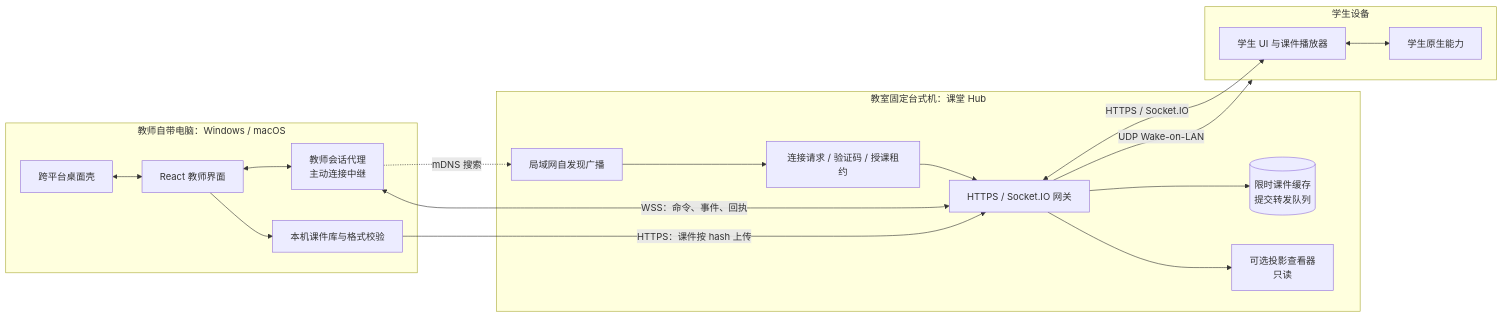
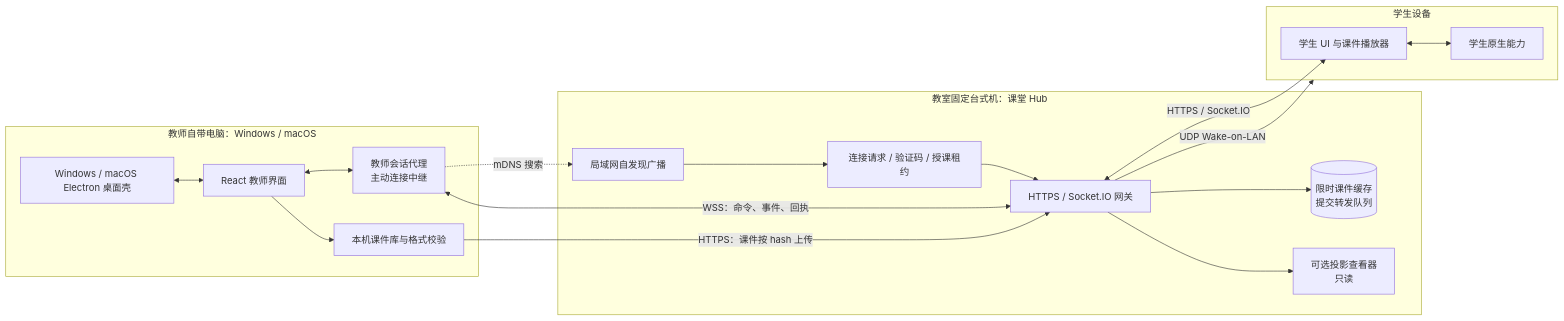
The first of 3 diagrams in docs-site/content/architecture/teacher-cross-platform-relay.mdx (yc004/LumeSync), drawn with Mermaid before and after one commit. The commit also changed other lines of this file and 39 other files, not shown here.

````diff
--- a/docs-site/content/architecture/teacher-cross-platform-relay.mdx
+++ b/docs-site/content/architecture/teacher-cross-platform-relay.mdx
@@ -25,33 +25,33 @@
 ```mermaid
 flowchart LR
   subgraph BYOD[教师自带电脑：Windows / macOS]
-    D[跨平台桌面壳]
+    D[Windows / macOS Electron 桌面壳]
     UI[React 教师界面]
     LIB[本机课件库与格式校验]
     AGENT[教师会话代理<br/>主动连接中继]
     D <--> UI
     UI --> LIB
     UI <--> AGENT
   end
   subgraph ROOM[教室固定台式机：课堂 Hub]
     DISC[局域网自发现广播]
     PAIR[连接请求 / 验证码 / 授课租约]
     GATE[HTTPS / Socket.IO 网关]
     CACHE[(限时课件缓存<br/>提交转发队列)]
     SCREEN[可选投影查看器<br/>只读]
     DISC --> PAIR
     PAIR --> GATE
     GATE --> CACHE
     GATE --> SCREEN
   end
   subgraph STUDENTS[学生设备]
     ST[学生 UI 与课件播放器]
     SYS[学生原生能力]
     ST <--> SYS
   end
   AGENT <-- WSS：命令、事件、回执 --> GATE
   AGENT -. mDNS 搜索 .-> DISC
   LIB -- HTTPS：课件按 hash 上传 --> GATE
   GATE <-- HTTPS / Socket.IO --> ST
   GATE -- UDP Wake-on-LAN --> STUDENTS
 ```
````
